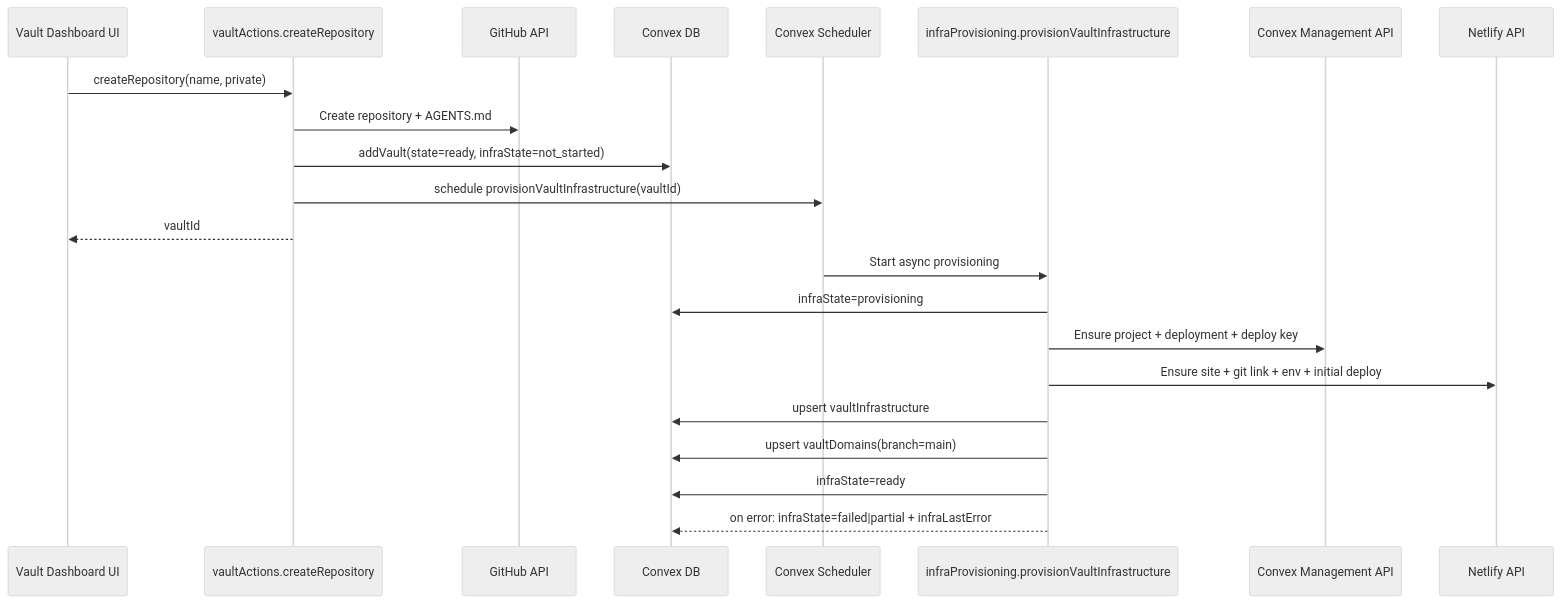
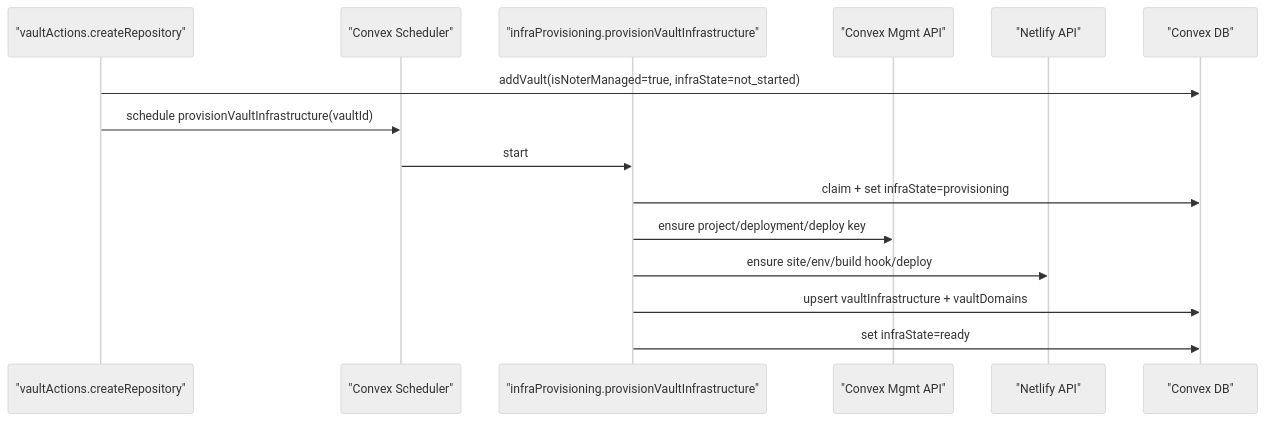
The diagram in specs/003_VAULT_INFRA_PROVISIONING_SPEC.md (samebase/samebase), drawn with Mermaid (neutral theme) before and after one commit. The commit also changed other lines of this file and 9 other files, not shown here.

````diff
--- a/specs/003_VAULT_INFRA_PROVISIONING_SPEC.md
+++ b/specs/003_VAULT_INFRA_PROVISIONING_SPEC.md
@@ -37,27 +103,18 @@
 ```mermaid
 sequenceDiagram
-  participant UI as Vault Dashboard UI
-  participant VA as vaultActions.createRepository
-  participant GH as GitHub API
-  participant DB as Convex DB
-  participant SCH as Convex Scheduler
-  participant IP as infraProvisioning.provisionVaultInfrastructure
-  participant CVX as Convex Management API
-  participant NFL as Netlify API
+  participant VA as "vaultActions.createRepository"
+  participant SCH as "Convex Scheduler"
+  participant IP as "infraProvisioning.provisionVaultInfrastructure"
+  participant CVX as "Convex Mgmt API"
+  participant NFL as "Netlify API"
+  participant DB as "Convex DB"
 
-  UI->>VA: createRepository(name, private)
-  VA->>GH: Create repository + AGENTS.md
-  VA->>DB: addVault(state=ready, infraState=not_started)
+  VA->>DB: addVault(isNoterManaged=true, infraState=not_started)
   VA->>SCH: schedule provisionVaultInfrastructure(vaultId)
-  VA-->>UI: vaultId
-
-  SCH->>IP: Start async provisioning
-  IP->>DB: infraState=provisioning
-  IP->>CVX: Ensure project + deployment + deploy key
-  IP->>NFL: Ensure site + git link + env + initial deploy
-  IP->>DB: upsert vaultInfrastructure
-  IP->>DB: upsert vaultDomains(branch=main)
-  IP->>DB: infraState=ready
-
-  IP-->>DB: on error: infraState=failed|partial + infraLastError
+  SCH->>IP: start
+  IP->>DB: claim + set infraState=provisioning
+  IP->>CVX: ensure project/deployment/deploy key
+  IP->>NFL: ensure site/env/build hook/deploy
+  IP->>DB: upsert vaultInfrastructure + vaultDomains
+  IP->>DB: set infraState=ready
 ```
````
